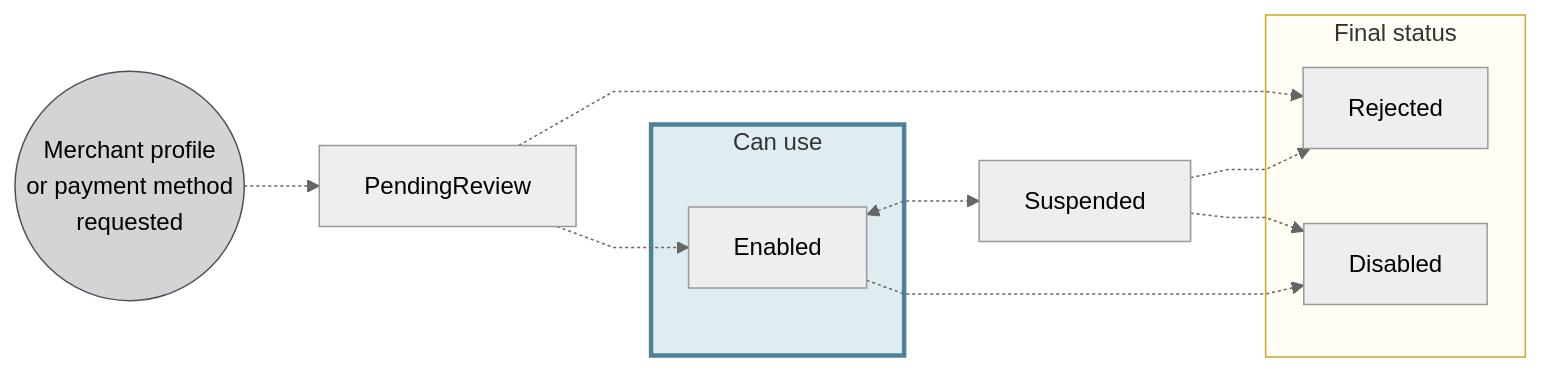
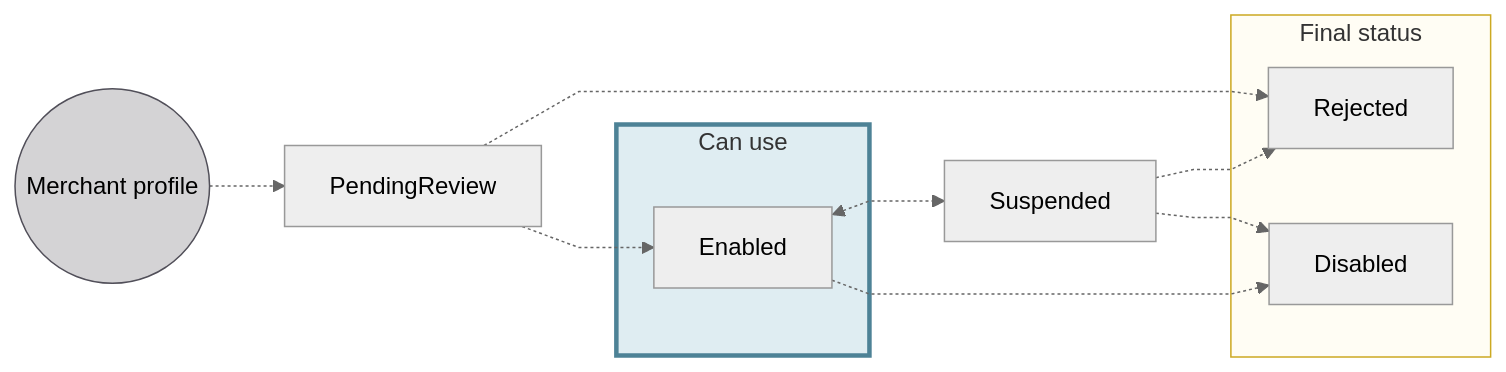
The first of 2 diagrams in docs/topics/merchants/index.mdx (swan-io/docs), drawn with Mermaid (neutral theme) before and after one commit. The commit also changed other lines of this file, not shown here.

Commit message:
Splitting profile and payment statuses

````diff
--- a/docs/topics/merchants/index.mdx
+++ b/docs/topics/merchants/index.mdx
@@ -42,21 +80,21 @@
 ```mermaid
 %%{ init: { 'flowchart': { 'curve': 'linear' } } }%%
 flowchart LR
-    MPMR((Merchant profile<br/>or payment method<br/>requested)) -.-> PR[PendingReview]
+    MPR((Merchant profile)) -.-> PR[PendingReview]
     PR -.-> R[Rejected]
     PR -.-> E[Enabled]
     E <-.-> S[Suspended]
     S -.-> R
     S -.-> D
     E -.-> D[Disabled]
     subgraph U[Can use]
         E
     end
     subgraph F[Final status]
         D
         R
     end
-    style MPMR fill:#D4D3D5,stroke:#514F59
+    style MPR fill:#D4D3D5,stroke:#514F59
     style F fill:#fffdf4,stroke:#cca922
     style U fill:#dfedf2,stroke:#4d8296, stroke-width:3px
 ```
````
